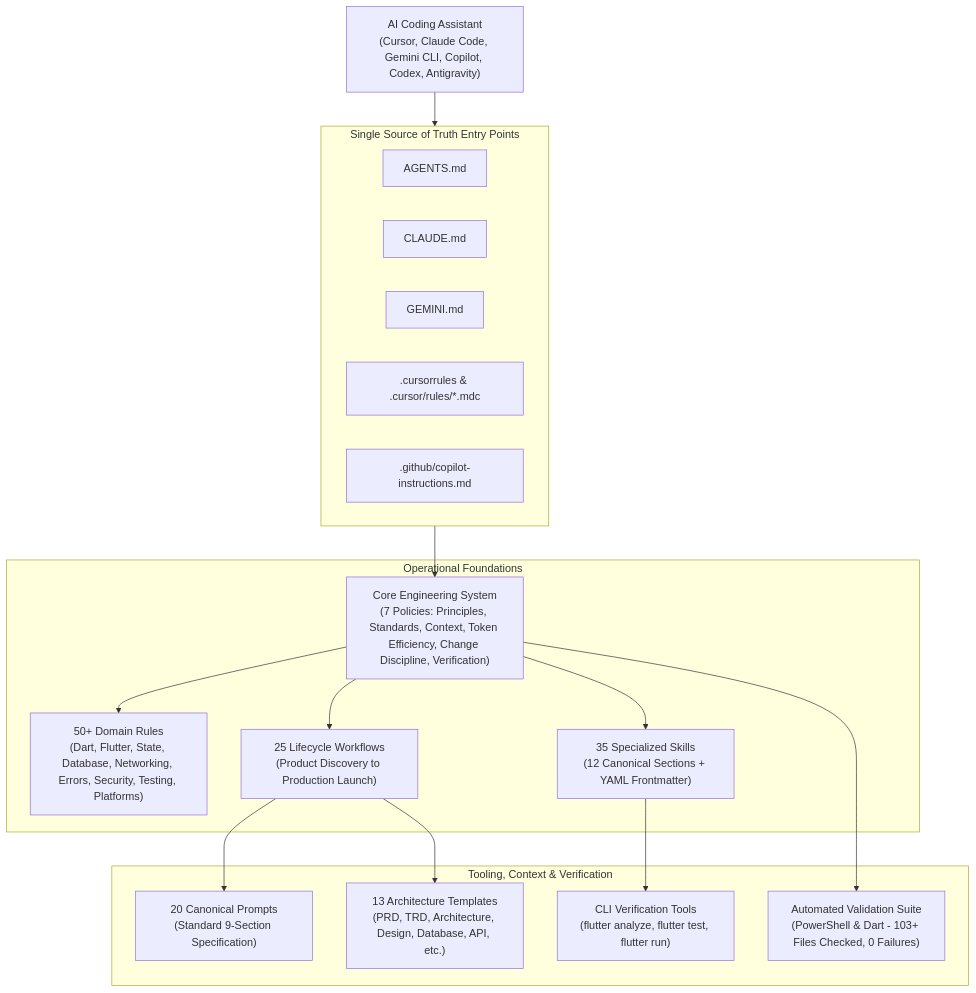
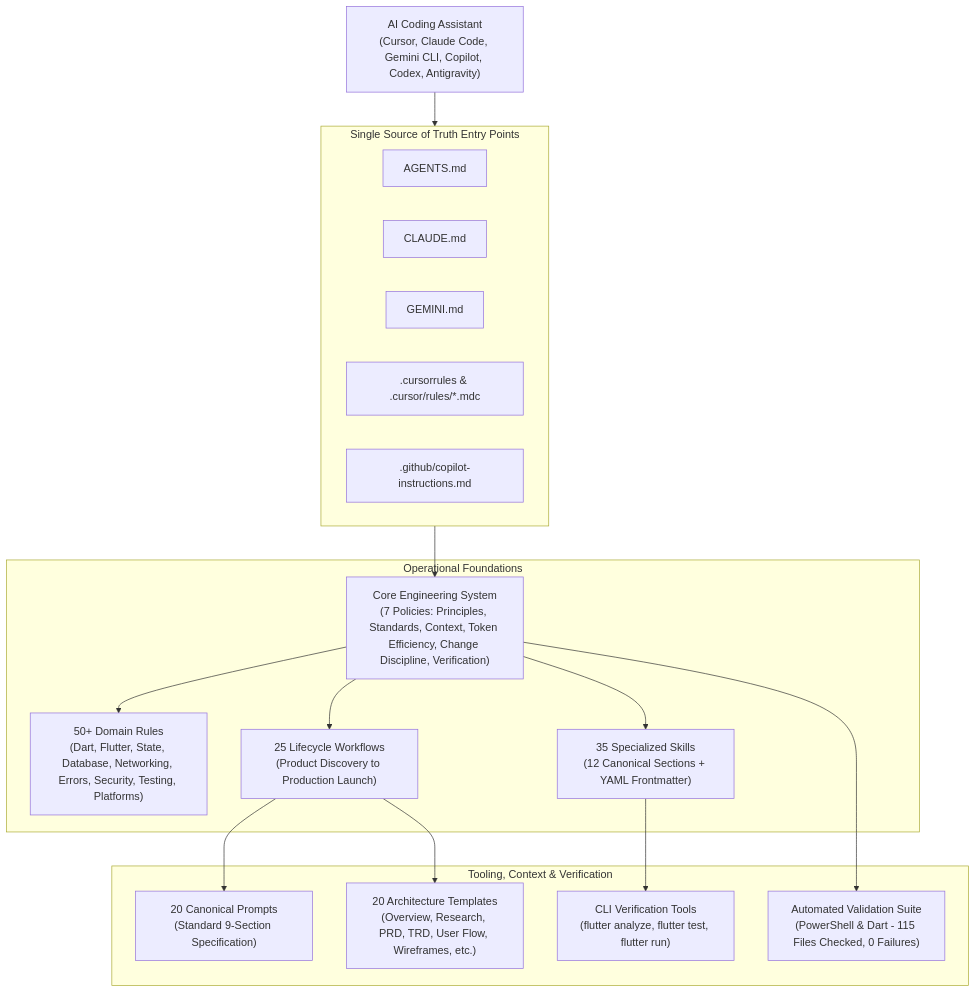
The diagram in README.md (valaprashant97/flutter-agent-kit), drawn with Mermaid before and after one commit. The commit also changed other lines of this file and 24 other files, not shown here.

````diff
--- a/README.md
+++ b/README.md
@@ -45,28 +45,28 @@
 ```mermaid
 graph TD
     Agent["AI Coding Assistant<br>(Cursor, Claude Code, Gemini CLI, Copilot, Codex, Antigravity)"]
     
     subgraph Entry ["Single Source of Truth Entry Points"]
         AGENTS["AGENTS.md"]
         CLAUDE["CLAUDE.md"]
         GEMINI["GEMINI.md"]
         CURSOR[".cursorrules & .cursor/rules/*.mdc"]
         COPILOT[".github/copilot-instructions.md"]
     end
     
     Agent --> Entry
     Entry --> Core["Core Engineering System<br>(7 Policies: Principles, Standards, Context, Token Efficiency, Change Discipline, Verification)"]
     
     subgraph Foundations ["Operational Foundations"]
         Core --> Rules["50+ Domain Rules<br>(Dart, Flutter, State, Database, Networking, Errors, Security, Testing, Platforms)"]
         Core --> Skills["35 Specialized Skills<br>(12 Canonical Sections + YAML Frontmatter)"]
         Core --> Workflows["25 Lifecycle Workflows<br>(Product Discovery to Production Launch)"]
     end
     
     subgraph Execution ["Tooling, Context & Verification"]
         Workflows --> Prompts["20 Canonical Prompts<br>(Standard 9-Section Specification)"]
-        Workflows --> Templates["13 Architecture Templates<br>(PRD, TRD, Architecture, Design, Database, API, etc.)"]
+        Workflows --> Templates["20 Architecture Templates<br>(Overview, Research, PRD, TRD, User Flow, Wireframes, etc.)"]
         Skills --> CLI["CLI Verification Tools<br>(flutter analyze, flutter test, flutter run)"]
-        Core --> Validation["Automated Validation Suite<br>(PowerShell & Dart - 103+ Files Checked, 0 Failures)"]
+        Core --> Validation["Automated Validation Suite<br>(PowerShell & Dart - 115 Files Checked, 0 Failures)"]
     end
 ```
````
